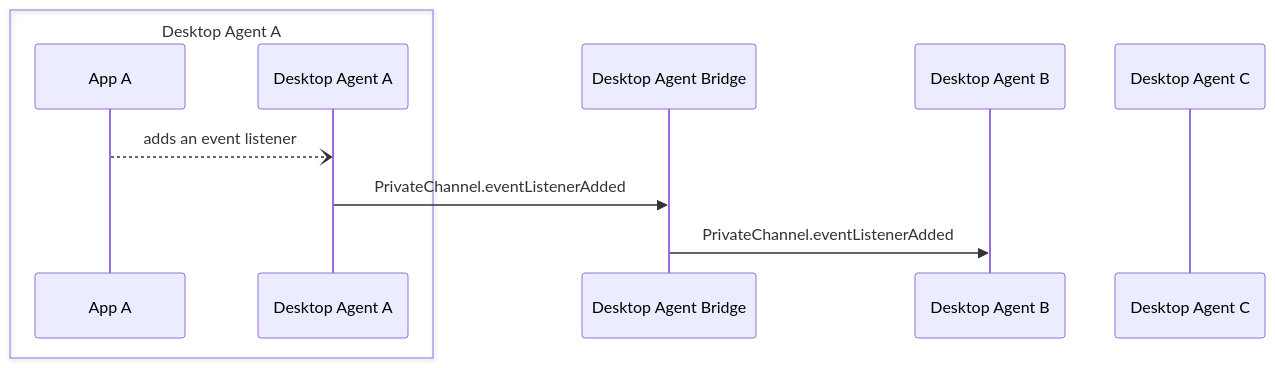
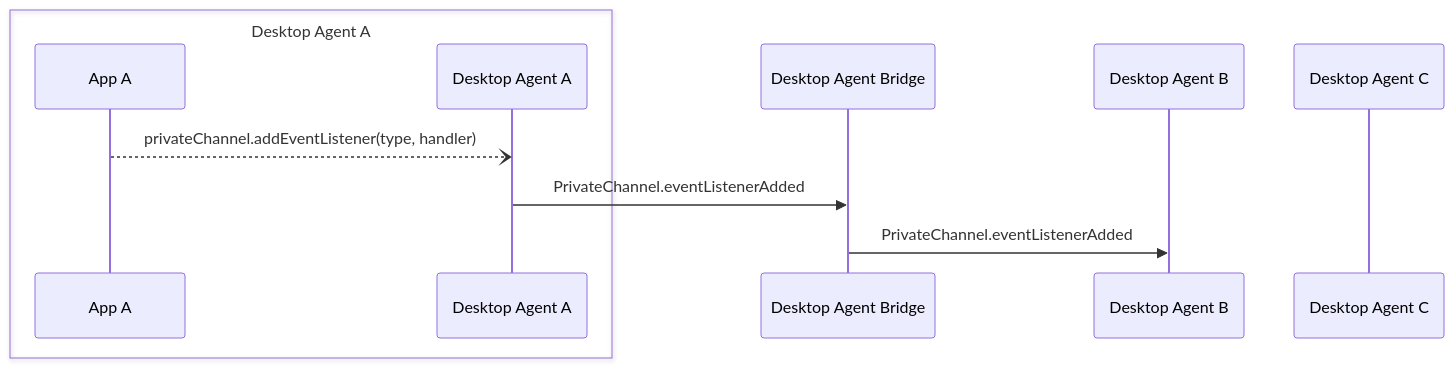
Before and after one commit to finos/FDC3: the diagram in website/docs/agent-bridging/ref/PrivateChannel.eventListenerAdded.md, drawn with Mermaid. The commit also changed other lines of this file and 20 other files, not shown here.

Commit message:
Remove deprecated PrivateChannel functions

````diff
--- a/website/docs/agent-bridging/ref/PrivateChannel.eventListenerAdded.md
+++ b/website/docs/agent-bridging/ref/PrivateChannel.eventListenerAdded.md
@@ -25,13 +23,13 @@
 ```mermaid
 sequenceDiagram
     box Desktop Agent A
     participant AA as App A
     participant DA as Desktop Agent A
     end
     participant DAB as Desktop Agent Bridge
     participant DB as Desktop Agent B
     participant DC as Desktop Agent C
-    AA --) DA: adds an event listener
+    AA --) DA: privateChannel.addEventListener(type, handler)
     DA ->> DAB: PrivateChannel.eventListenerAdded
     DAB ->> DB: PrivateChannel.eventListenerAdded
 ```
````
